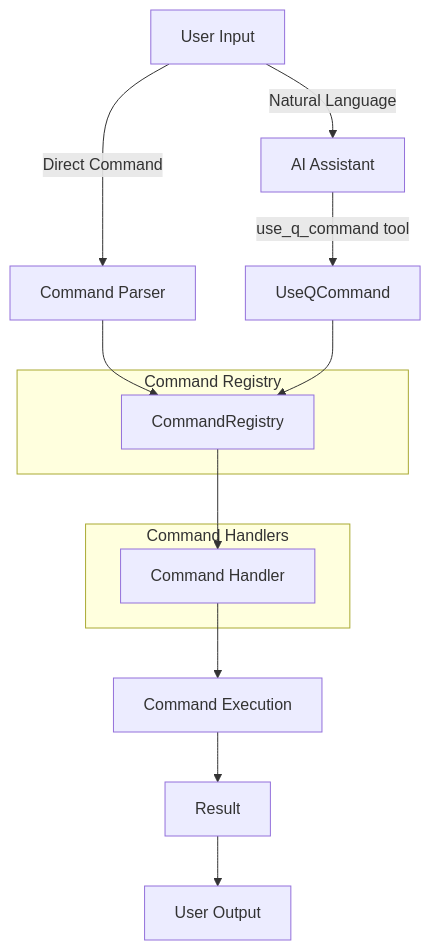
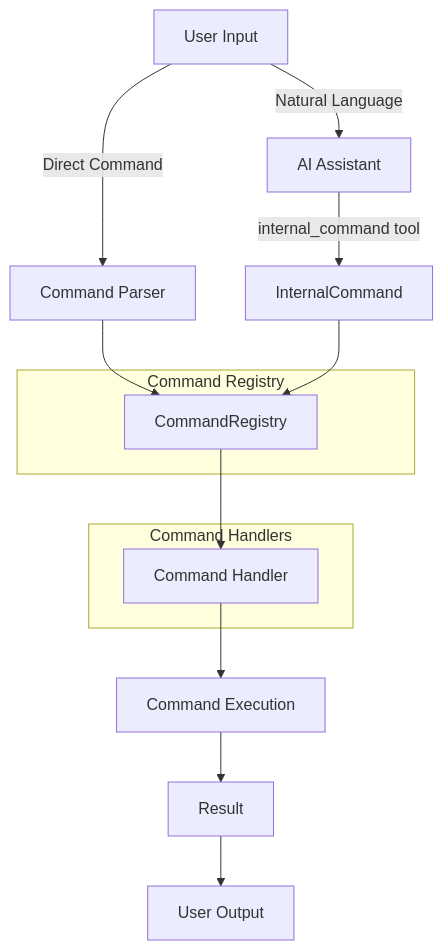
Before and after one commit to aws/amazon-q-developer-cli: the fourth of 6 diagrams in docs/development/command-execution-flow.md, drawn with Mermaid. The commit also changed other lines of this file and 9 other files, not shown here.

First line of the commit message:
Add tests for ChatState flow in internal_command tool

````diff
--- a/docs/development/command-execution-flow.md
+++ b/docs/development/command-execution-flow.md
@@ -145,20 +145,20 @@
 ```mermaid
 graph TD
     A[User Input] -->|Direct Command| B[Command Parser]
     A -->|Natural Language| C[AI Assistant]
-    C -->|use_q_command tool| D[UseQCommand]
+    C -->|internal_command tool| D[InternalCommand]
     B --> E[CommandRegistry]
     D --> E
     E --> F[Command Handler]
     F --> G[Command Execution]
     G --> H[Result]
     H --> I[User Output]
     
     subgraph "Command Registry"
     E
     end
     
     subgraph "Command Handlers"
     F
     end
 ```
````
